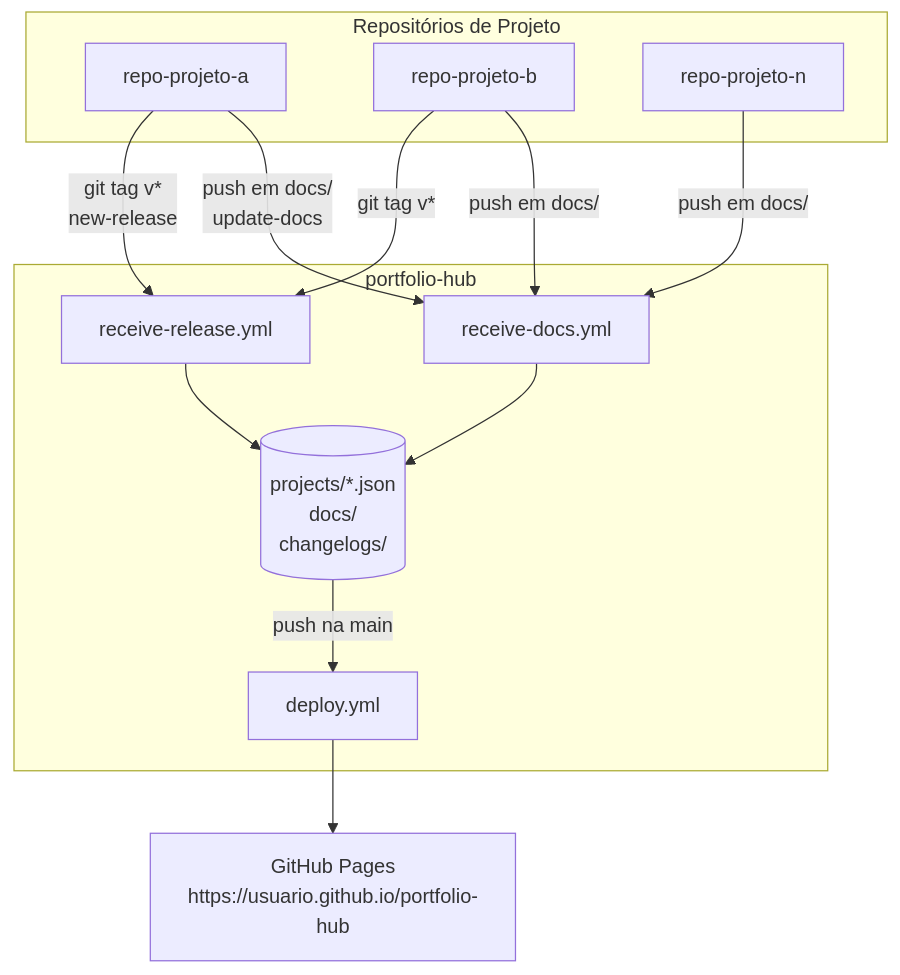
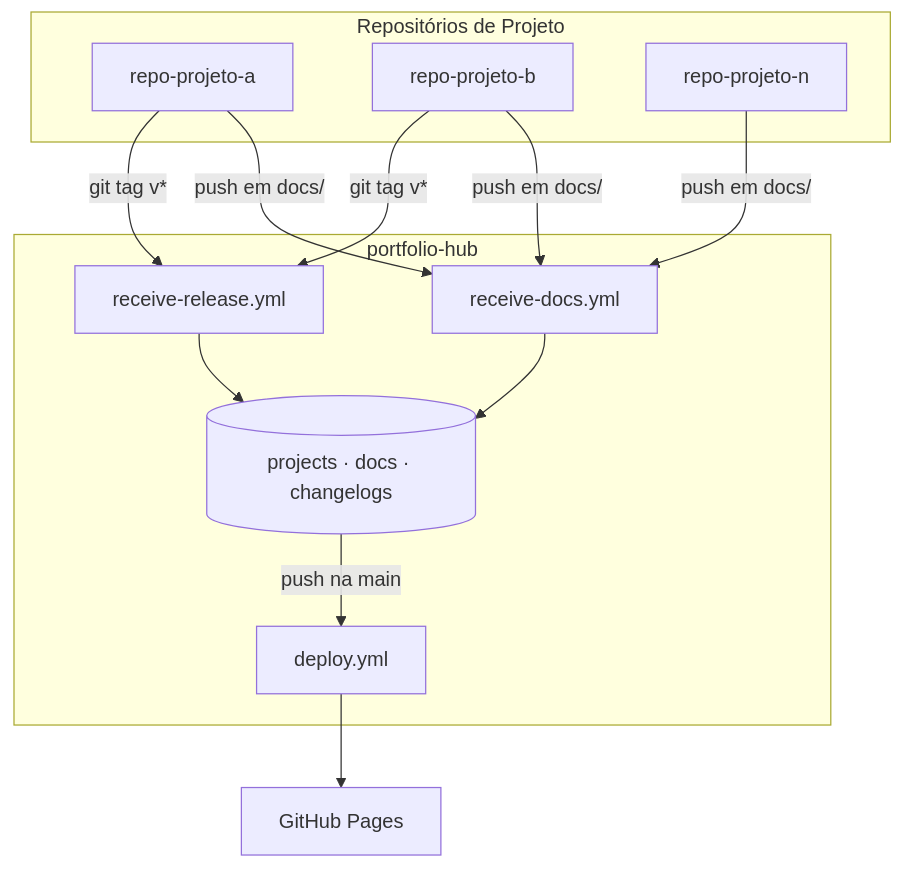
One commit to uMatheusx/portfolio-hub changed the first of 5 diagrams in docs/gitops-portfolio-lambda/architecture.md. Above: the diagram before and after it, drawn with Mermaid. The commit also changed other lines of this file and 1 other file, not shown here.

Commit message:
fix: architecture default project

````diff
--- a/docs/gitops-portfolio-lambda/architecture.md
+++ b/docs/gitops-portfolio-lambda/architecture.md
@@ -7,29 +7,29 @@
 ```mermaid
 flowchart TB
     subgraph Projetos["Repositórios de Projeto"]
         PA["repo-projeto-a"]
         PB["repo-projeto-b"]
         PN["repo-projeto-n"]
     end
 
     subgraph Hub["portfolio-hub"]
         RD["receive-docs.yml"]
         RR["receive-release.yml"]
         DEPLOY["deploy.yml"]
-        DATA[("projects/*.json\ndocs/\nchangelogs/")]
+        DATA[("projects · docs · changelogs")]
     end
 
-    PAGES["GitHub Pages\nhttps://usuario.github.io/portfolio-hub"]
+    PAGES["GitHub Pages"]
 
-    PA -->|"push em docs/\nupdate-docs"| RD
+    PA -->|"push em docs/"| RD
     PB -->|"push em docs/"| RD
     PN -->|"push em docs/"| RD
 
-    PA -->|"git tag v*\nnew-release"| RR
+    PA -->|"git tag v*"| RR
     PB -->|"git tag v*"| RR
 
     RD --> DATA
     RR --> DATA
     DATA -->|"push na main"| DEPLOY
     DEPLOY --> PAGES
 ```
````
